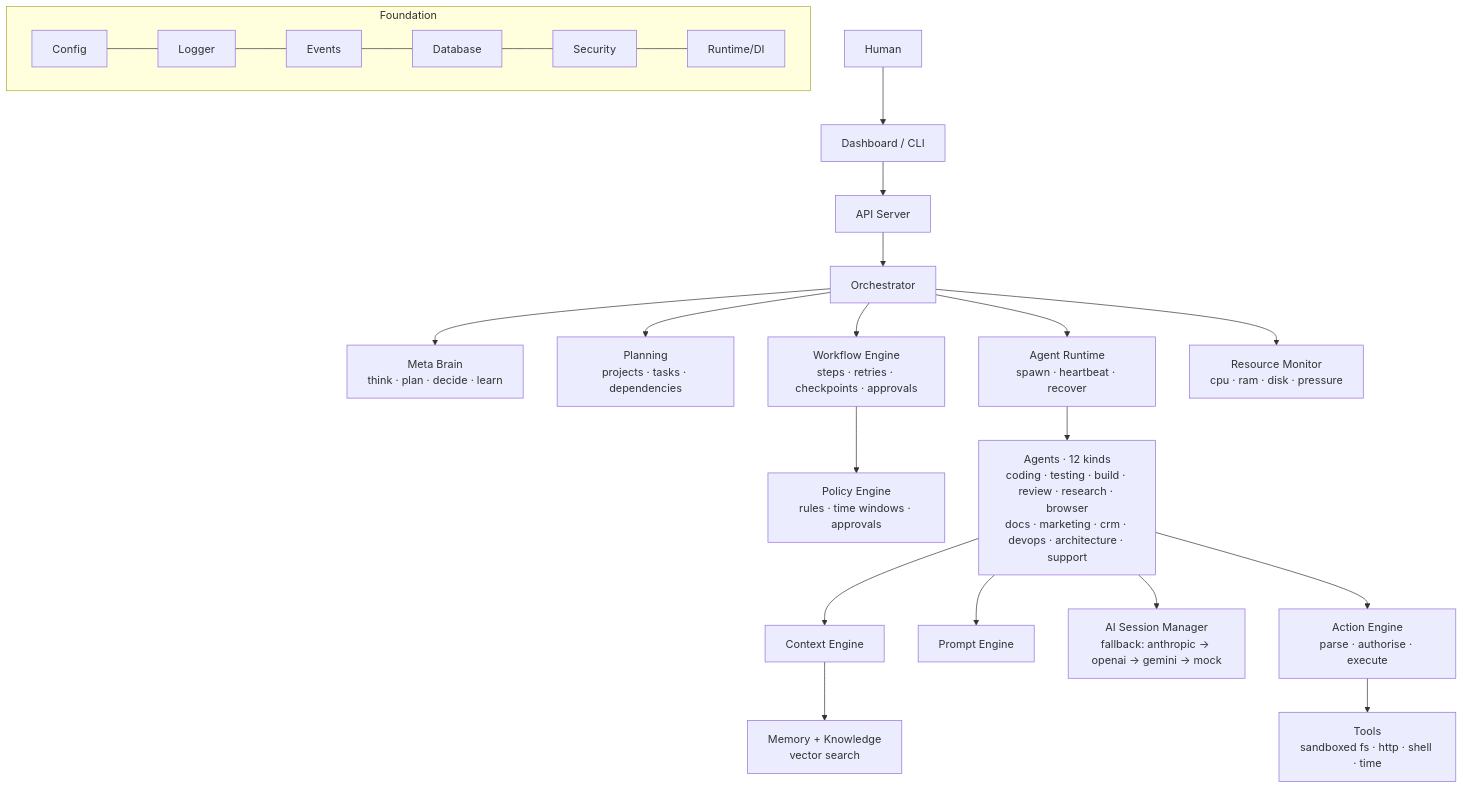
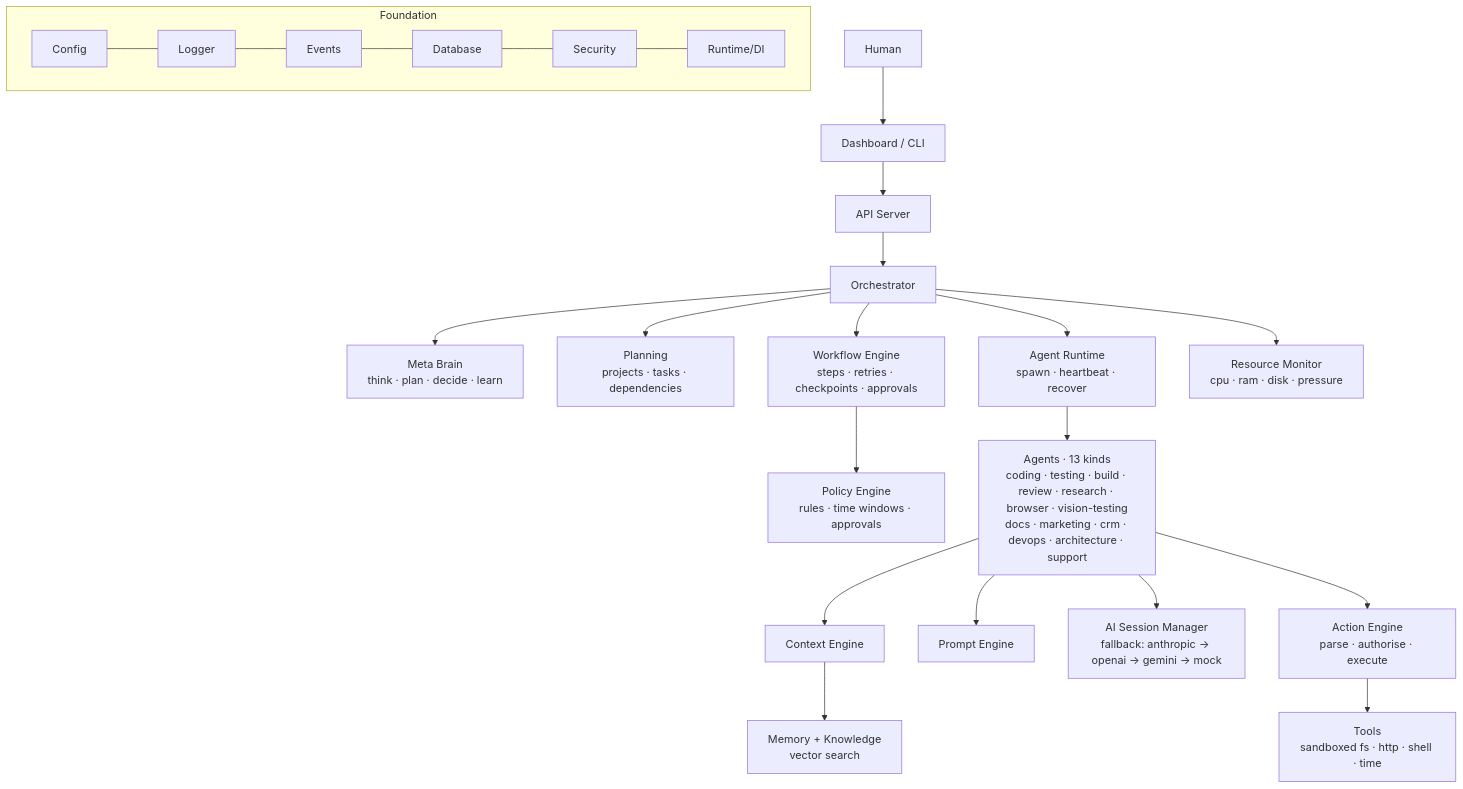
One commit to hussaintmg/MegaAI changed the diagram in README.md. Above: the diagram before and after it, drawn with Mermaid. The commit also changed other lines of this file and 14 other files, not shown here.

````diff
--- a/README.md
+++ b/README.md
@@ -45,22 +45,22 @@
 ```mermaid
 flowchart TB
     H[Human] --> D[Dashboard / CLI]
     D --> API[API Server]
     API --> ORC[Orchestrator]
     ORC --> MB[Meta Brain<br/>think · plan · decide · learn]
     ORC --> PLN[Planning<br/>projects · tasks · dependencies]
     ORC --> WF[Workflow Engine<br/>steps · retries · checkpoints · approvals]
     WF --> POL[Policy Engine<br/>rules · time windows · approvals]
     ORC --> AR[Agent Runtime<br/>spawn · heartbeat · recover]
-    AR --> AG[Agents · 12 kinds<br/>coding · testing · build · review · research · browser<br/>docs · marketing · crm · devops · architecture · support]
+    AR --> AG[Agents · 13 kinds<br/>coding · testing · build · review · research · browser · vision-testing<br/>docs · marketing · crm · devops · architecture · support]
     AG --> CTX[Context Engine] --> MEM[Memory + Knowledge<br/>vector search]
     AG --> PR[Prompt Engine]
     AG --> AI[AI Session Manager<br/>fallback: anthropic → openai → gemini → mock]
     AG --> ACT[Action Engine<br/>parse · authorise · execute]
     ACT --> TL[Tools<br/>sandboxed fs · http · shell · time]
     ORC --> RES[Resource Monitor<br/>cpu · ram · disk · pressure]
     subgraph Foundation
       direction LR
       CFG[Config] --- LOG[Logger] --- EVT[Events] --- DB[Database] --- SEC[Security] --- RT[Runtime/DI]
     end
 ```
````
